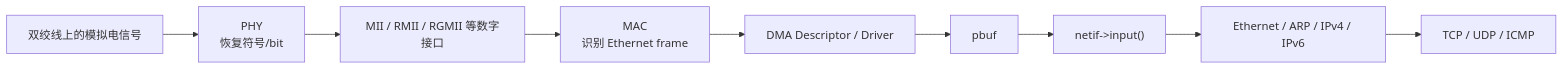
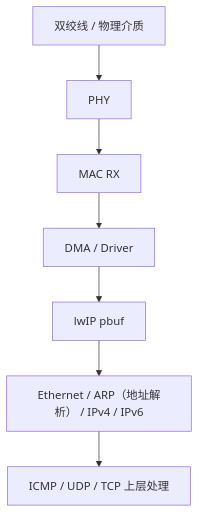
Before and after one commit to wdfk-prog/lwIP-Source-Lab: the second of 7 diagrams in docs/00-ethernet-physical-layer-and-network-stack.md, drawn with Mermaid. The commit also changed other lines of this file and 49 other files, not shown here.

````diff
--- a/docs/00-ethernet-physical-layer-and-network-stack.md
+++ b/docs/00-ethernet-physical-layer-and-network-stack.md
@@ -17,11 +40,9 @@
 ```mermaid
-flowchart LR
-    A["双绞线上的模拟电信号"] --> B["PHY<br/>恢复符号/bit"]
-    B --> C["MII / RMII / RGMII 等数字接口"]
-    C --> D["MAC<br/>识别 Ethernet frame"]
-    D --> E["DMA Descriptor / Driver"]
-    E --> F["pbuf"]
-    F --> G["netif->input()"]
-    G --> H["Ethernet / ARP / IPv4 / IPv6"]
-    H --> I["TCP / UDP / ICMP"]
+flowchart TD
+    A["双绞线 / 物理介质"] --> B["PHY"]
+    B --> C["MAC RX"]
+    C --> D["DMA / Driver"]
+    D --> E["lwIP pbuf"]
+    E --> F["Ethernet / ARP（地址解析） / IPv4 / IPv6"]
+    F --> G["ICMP / UDP / TCP 上层处理"]
 ```
````
